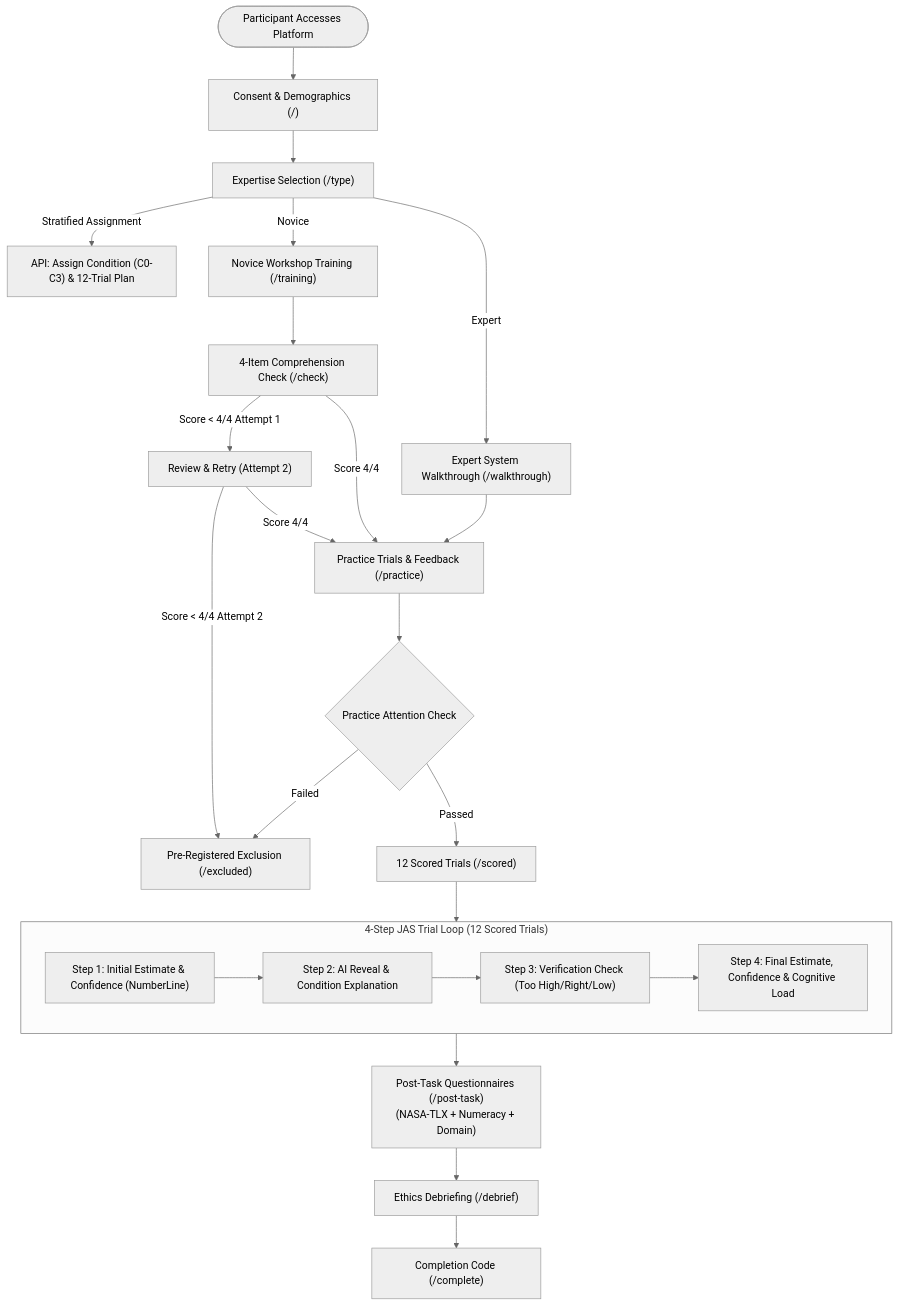
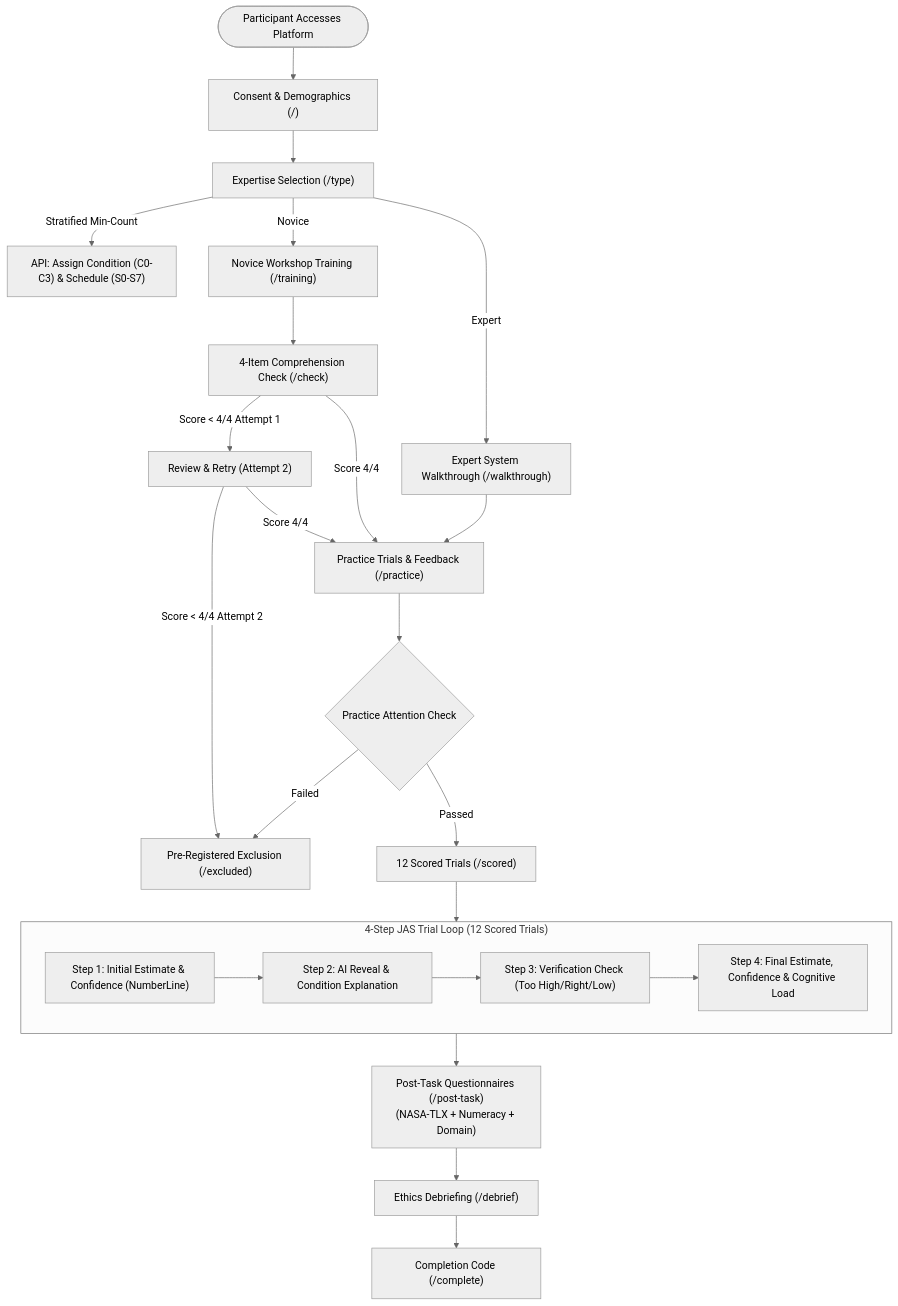
Before and after one commit to pranav18june/CHI-experiment: the second of 4 diagrams in TECHNICAL_REPORT.md, drawn with Mermaid (neutral theme). The commit also changed other lines of this file and 8 other files, not shown here.

Commit message:
Implement min-count schedule assignment, flag researcher-decided parameters, document security scope, and regenerate technical report

````diff
--- a/TECHNICAL_REPORT.md
+++ b/TECHNICAL_REPORT.md
@@ -100,35 +101,35 @@
 ```mermaid
 flowchart TD
     Start([Participant Accesses Platform]) --> Consent["Consent & Demographics (/)"]
     Consent --> TypeSelect["Expertise Selection (/type)"]
     
-    TypeSelect -->|Stratified Assignment| AssignMode["API: Assign Condition (C0-C3) & 12-Trial Plan"]
+    TypeSelect -->|Stratified Min-Count| AssignMode["API: Assign Condition (C0-C3) & Schedule (S0-S7)"]
     
     TypeSelect -->|Novice| Training["Novice Workshop Training (/training)"]
     TypeSelect -->|Expert| Walkthrough["Expert System Walkthrough (/walkthrough)"]
     
     Training --> Check["4-Item Comprehension Check (/check)"]
     Check -->|Score < 4/4 Attempt 1| RetryCheck["Review & Retry (Attempt 2)"]
     RetryCheck -->|Score < 4/4 Attempt 2| Excluded["Pre-Registered Exclusion (/excluded)"]
     
     Check -->|Score 4/4| Practice["Practice Trials & Feedback (/practice)"]
     Walkthrough --> Practice
     RetryCheck -->|Score 4/4| Practice
 
     Practice --> AttentionCheck{"Practice Attention Check"}
     AttentionCheck -->|Failed| Excluded
     AttentionCheck -->|Passed| Scored["12 Scored Trials (/scored)"]
 
     subgraph TrialFlow ["4-Step JAS Trial Loop (12 Scored Trials)"]
         S1["Step 1: Initial Estimate & Confidence (NumberLine)"]
         S2["Step 2: AI Reveal & Condition Explanation"]
         S3["Step 3: Verification Check (Too High/Right/Low)"]
         S4["Step 4: Final Estimate, Confidence & Cognitive Load"]
         S1 --> S2 --> S3 --> S4
     end
 
     Scored --> TrialFlow
     TrialFlow --> PostTask["Post-Task Questionnaires (/post-task)\n(NASA-TLX + Numeracy + Domain)"]
     PostTask --> Debrief["Ethics Debriefing (/debrief)"]
     Debrief --> Complete["Completion Code (/complete)"]
 ```
````
